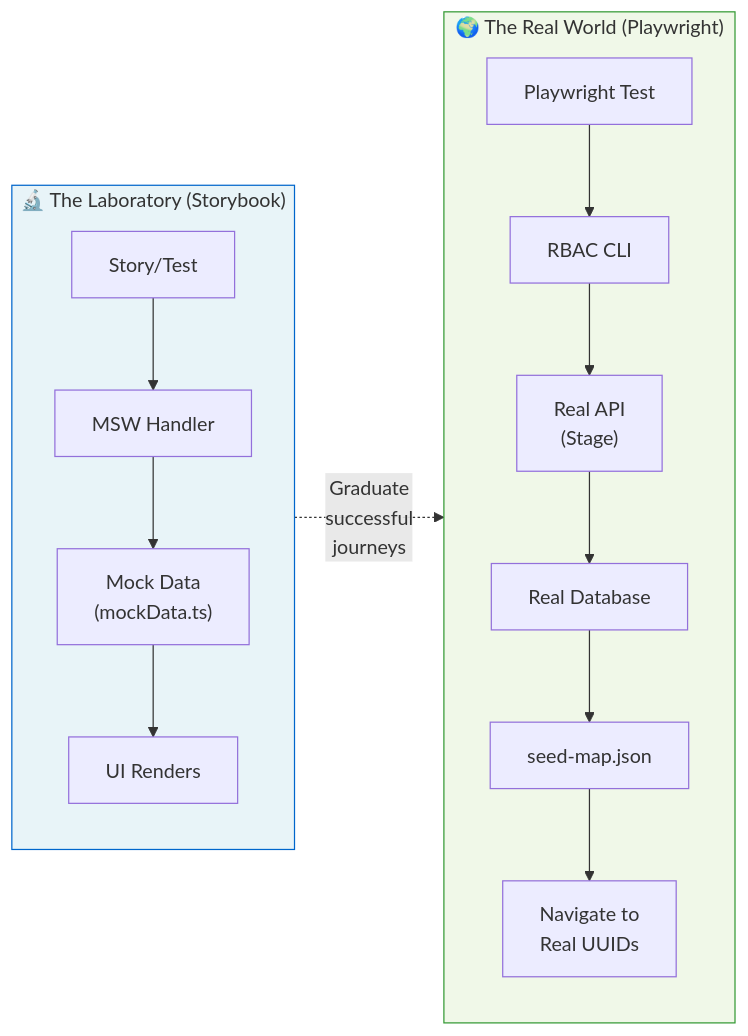
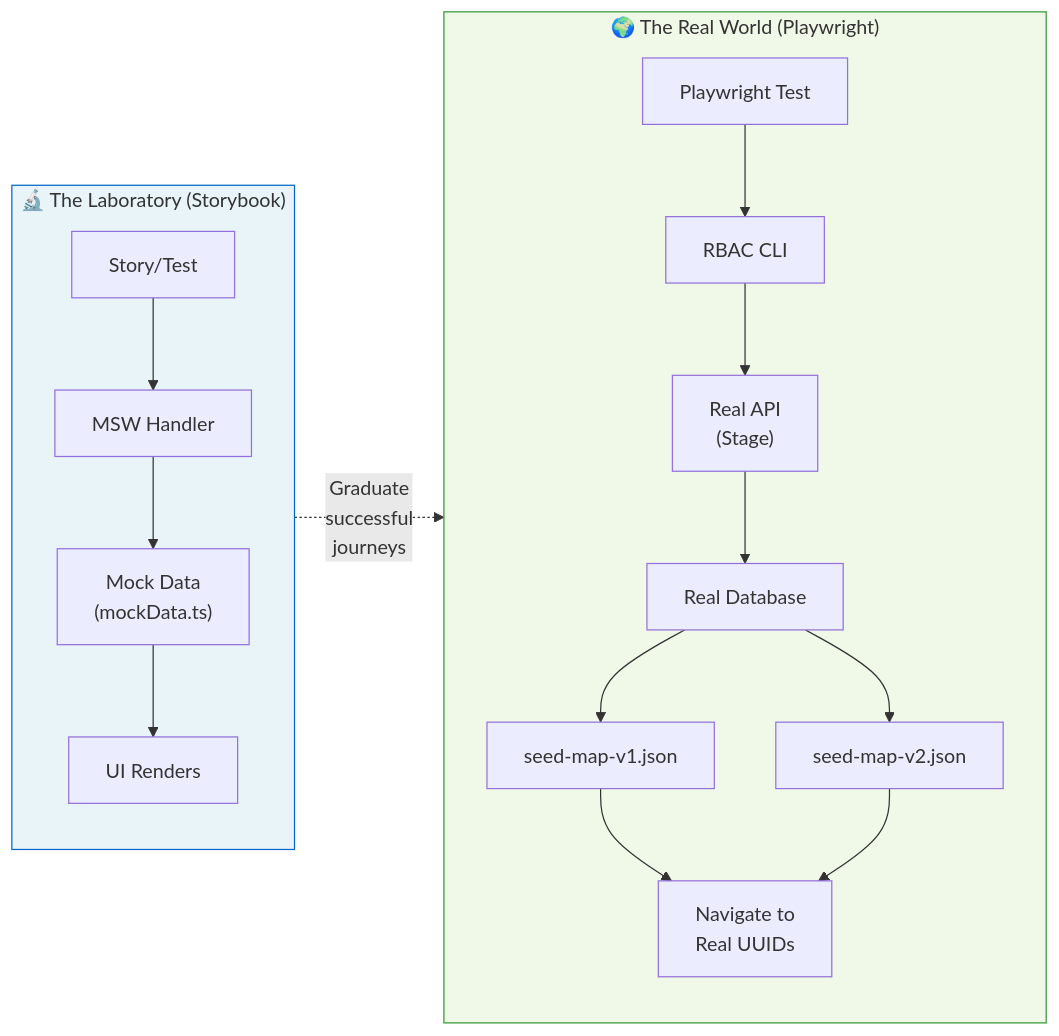
Before and after one commit to RedHatInsights/insights-rbac-ui: the first of 2 diagrams in src/docs/E2ETesting.mdx, drawn with Mermaid. The commit also changed other lines of this file and 54 other files, not shown here.

First line of the commit message:
feat(e2e): unified V1+V2 test architecture with separate seed maps

````diff
--- a/src/docs/E2ETesting.mdx
+++ b/src/docs/E2ETesting.mdx
@@ -53,23 +53,25 @@
 ```mermaid
 flowchart LR
     subgraph lab["🔬 The Laboratory (Storybook)"]
         direction TB
         Story["Story/Test"] --> MSW["MSW Handler"]
         MSW --> MockData["Mock Data\n(mockData.ts)"]
         MockData --> UI["UI Renders"]
     end
 
     subgraph real["🌍 The Real World (Playwright)"]
         direction TB
         Playwright["Playwright Test"] --> CLI["RBAC CLI"]
         CLI --> RealAPI["Real API\n(Stage)"]
         RealAPI --> RealDB["Real Database"]
-        RealDB --> SeedMap["seed-map.json"]
-        SeedMap --> Navigate["Navigate to\nReal UUIDs"]
+        RealDB --> SeedMapV1["seed-map-v1.json"]
+        RealDB --> SeedMapV2["seed-map-v2.json"]
+        SeedMapV1 --> Navigate["Navigate to\nReal UUIDs"]
+        SeedMapV2 --> Navigate
     end
 
     lab -.->|"Graduate\nsuccessful\njourneys"| real
 
     style lab fill:#e8f4f8,stroke:#0066cc
     style real fill:#f0f8e8,stroke:#339933
 ```
````
